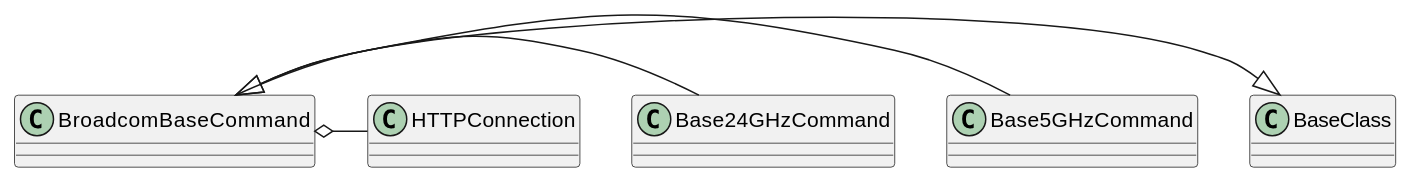
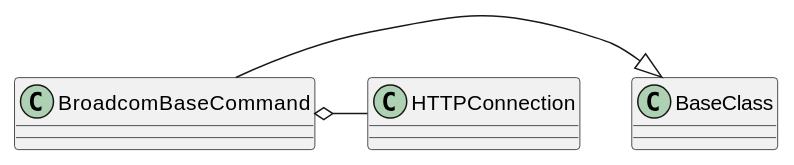
One commit to russell-n/apcommand changed the second of 2 diagrams in apcommand/accesspoints/broadcom/broadcom_commands.rst. Above: the diagram before and after it, drawn with PlantUML. The commit also changed other lines of this file and 3 other files, not shown here.

Commit message:
Got rid of the base-query in the broadcom_commands as it was redundant to the querier.base querier

```diff
--- a/apcommand/accesspoints/broadcom/broadcom_commands.rst
+++ b/apcommand/accesspoints/broadcom/broadcom_commands.rst
@@ -69,6 +82,4 @@
 .. uml::
 
    BroadcomBaseCommand -|> BaseClass
-   BroadcomBaseCommand <|- Base5GHzCommand
-   BroadcomBaseCommand <|- Base24GHzCommand
    BroadcomBaseCommand o- HTTPConnection
```
